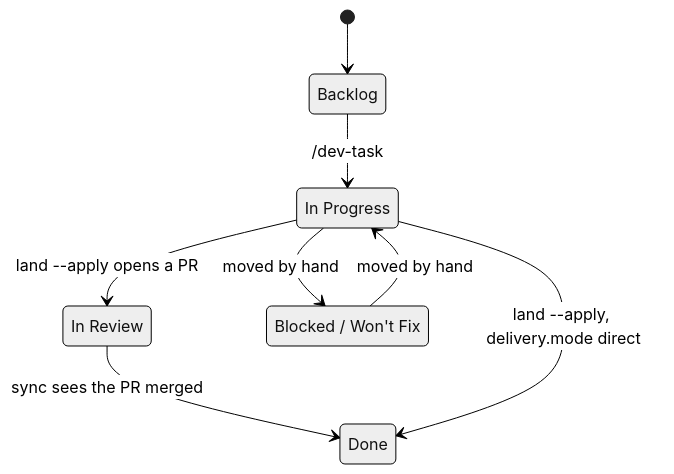
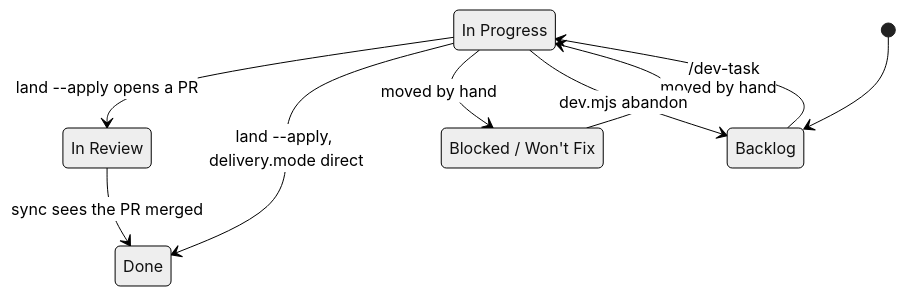
Before and after one commit to ayhid/claude-dev-workflow: the second of 2 diagrams in README.md, drawn with Mermaid (neutral theme). The commit also changed other lines of this file and 18 other files, not shown here.

````diff
--- a/README.md
+++ b/README.md
@@ -346,15 +362,16 @@
 ```mermaid
 stateDiagram-v2
     state "In Progress" as inprog
     state "In Review" as inreview
     state "Done" as finished
     state "Blocked / Won't Fix" as offladder
 
     [*] --> Backlog
     Backlog --> inprog: /dev-task
     inprog --> inreview: land --apply opens a PR
     inreview --> finished: sync sees the PR merged
     inprog --> finished: land --apply, delivery.mode direct
     inprog --> offladder: moved by hand
     offladder --> inprog: moved by hand
+    inprog --> Backlog: dev.mjs abandon
 ```
````
